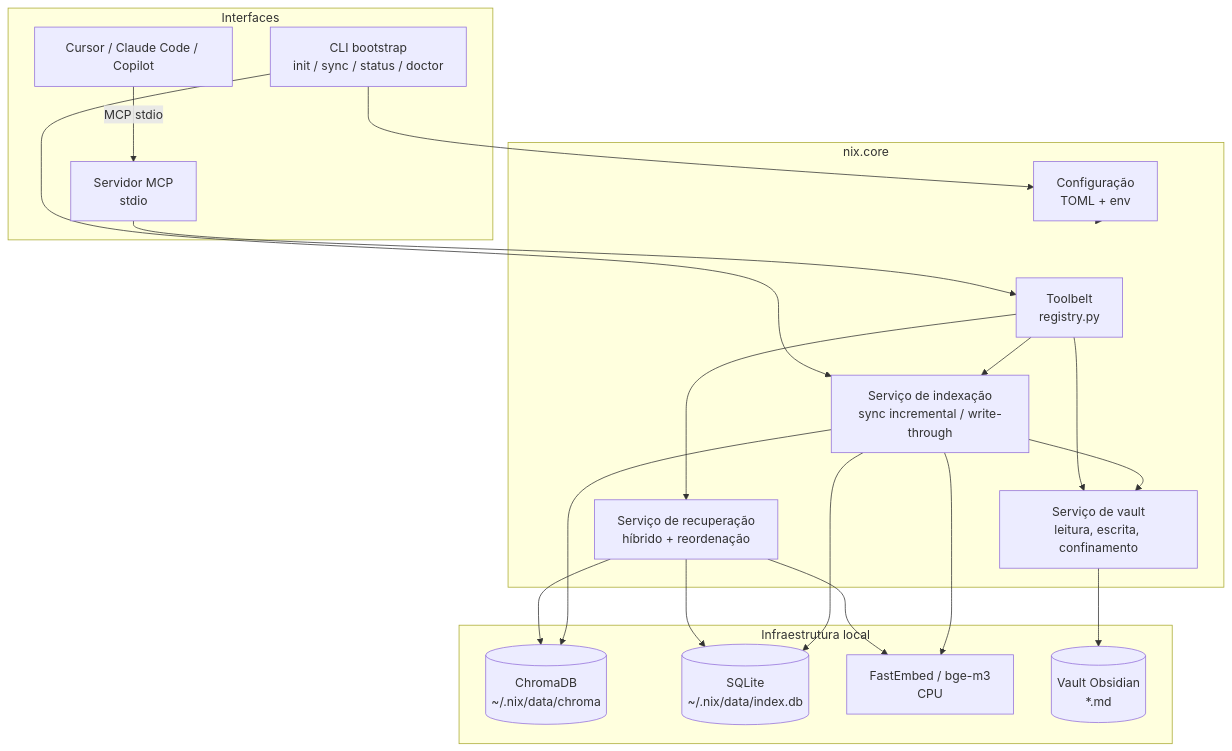
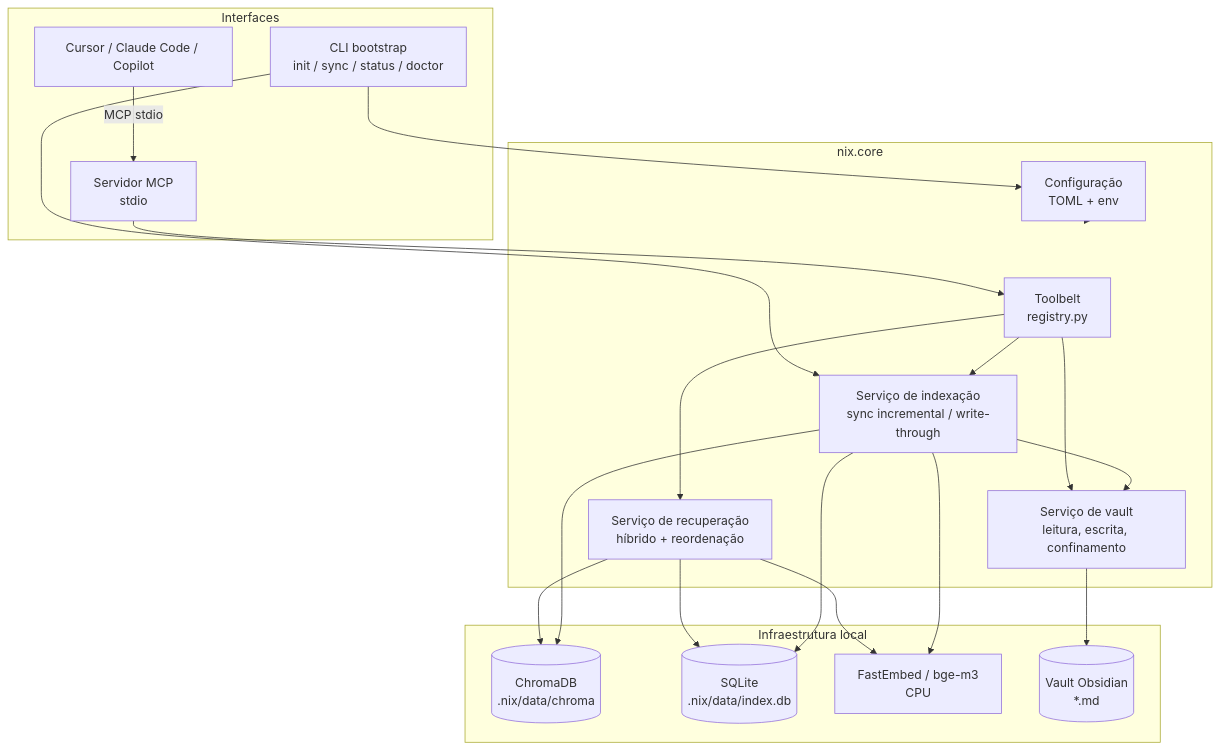
Before and after one commit to paulocesaaars/nix: the first of 4 diagrams in ARCHITECTURE.md, drawn with Mermaid. The commit also changed other lines of this file and 4 other files, not shown here.

````diff
--- a/ARCHITECTURE.md
+++ b/ARCHITECTURE.md
@@ -39,40 +39,40 @@
 ```mermaid
 graph TB
     subgraph Interfaces
         Client["Cursor / Claude Code / Copilot"]
         CLI["CLI bootstrap<br/>init / sync / status / doctor"]
         MCP["Servidor MCP<br/>stdio"]
     end
 
     subgraph Core["nix.core"]
         TOOLS["Toolbelt<br/>registry.py"]
         RAG["Serviço de recuperação<br/>híbrido + reordenação"]
         IDX["Serviço de indexação<br/>sync incremental / write-through"]
         VAULT["Serviço de vault<br/>leitura, escrita, confinamento"]
         CFG["Configuração<br/>TOML + env"]
     end
 
     subgraph Infra["Infraestrutura local"]
-        CHROMA[("ChromaDB<br/>~/.nix/data/chroma")]
-        SQLITE[("SQLite<br/>~/.nix/data/index.db")]
+        CHROMA[("ChromaDB<br/>.nix/data/chroma")]
+        SQLITE[("SQLite<br/>.nix/data/index.db")]
         EMB["FastEmbed / bge-m3<br/>CPU"]
         FS[("Vault Obsidian<br/>*.md")]
     end
 
     Client -->|"MCP stdio"| MCP
     CLI --> CFG
     CLI --> IDX
     MCP --> TOOLS
     TOOLS --> RAG
     TOOLS --> VAULT
     TOOLS --> IDX
     RAG --> CHROMA
     RAG --> SQLITE
     RAG --> EMB
     IDX --> CHROMA
     IDX --> SQLITE
     IDX --> EMB
     IDX --> VAULT
     VAULT --> FS
     CFG -.-> Core
 ```
````
